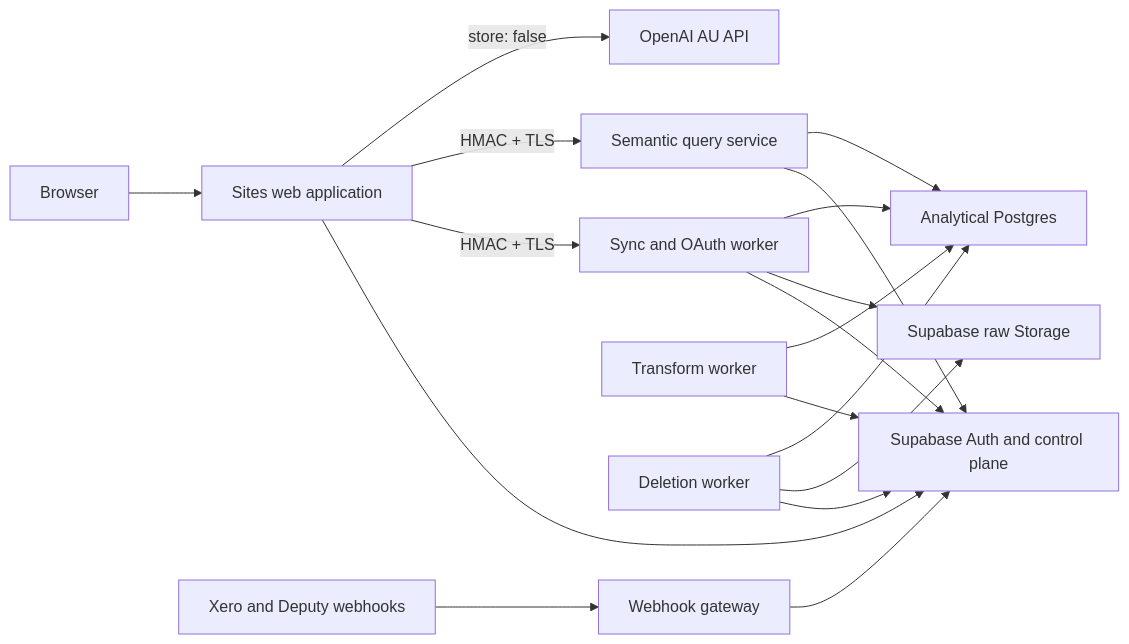
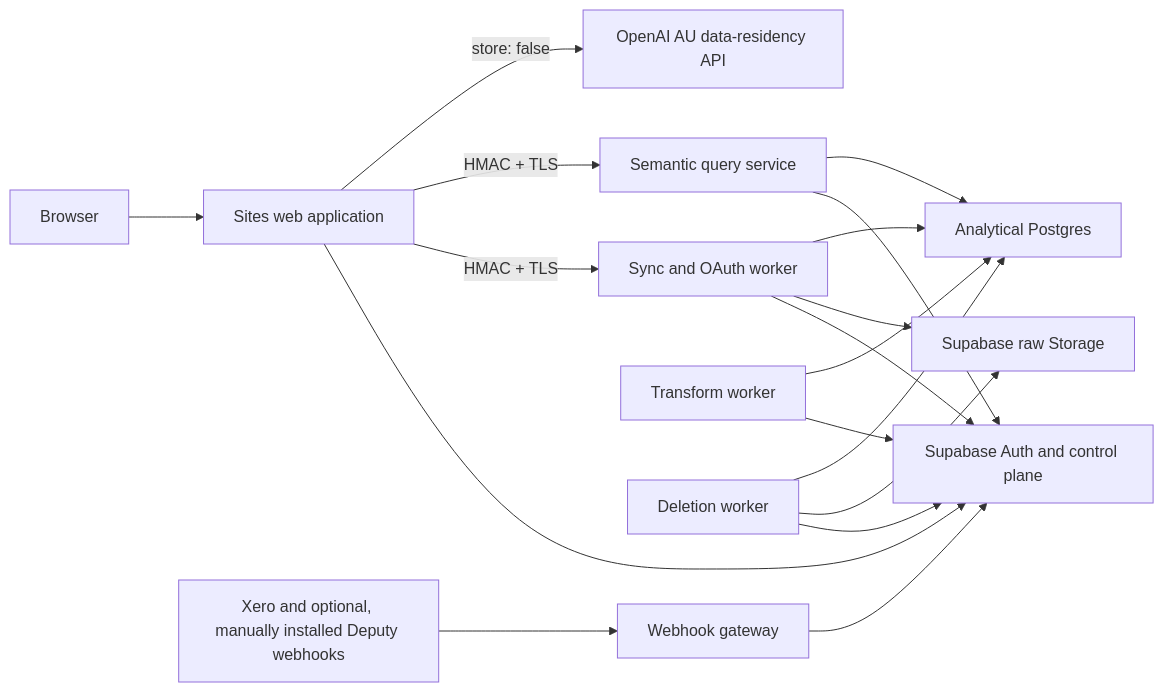
One commit to tomlidgett1/Albert changed the diagram in README.md. Above: the diagram before and after it, drawn with Mermaid. The commit also changed other lines of this file and 480 other files, not shown here.

Commit message:
feat: complete production Albert V1 architecture

````diff
--- a/README.md
+++ b/README.md
@@ -9,20 +9,20 @@
 ```mermaid
 flowchart LR
   B["Browser"] --> W["Sites web application"]
   W --> S["Supabase Auth and control plane"]
   W -->|"HMAC + TLS"| O["Sync and OAuth worker"]
   W -->|"HMAC + TLS"| Q["Semantic query service"]
-  V["Xero and Deputy webhooks"] --> H["Webhook gateway"]
+  V["Xero and optional, manually installed Deputy webhooks"] --> H["Webhook gateway"]
   H --> S
   O --> S
   O --> R["Supabase raw Storage"]
   O --> A["Analytical Postgres"]
   T["Transform worker"] --> S
   T --> A
   Q --> S
   Q --> A
   D["Deletion worker"] --> S
   D --> R
   D --> A
-  W -->|"store: false"| AI["OpenAI AU API"]
+  W -->|"store: false"| AI["OpenAI AU data-residency API"]
 ```
````
